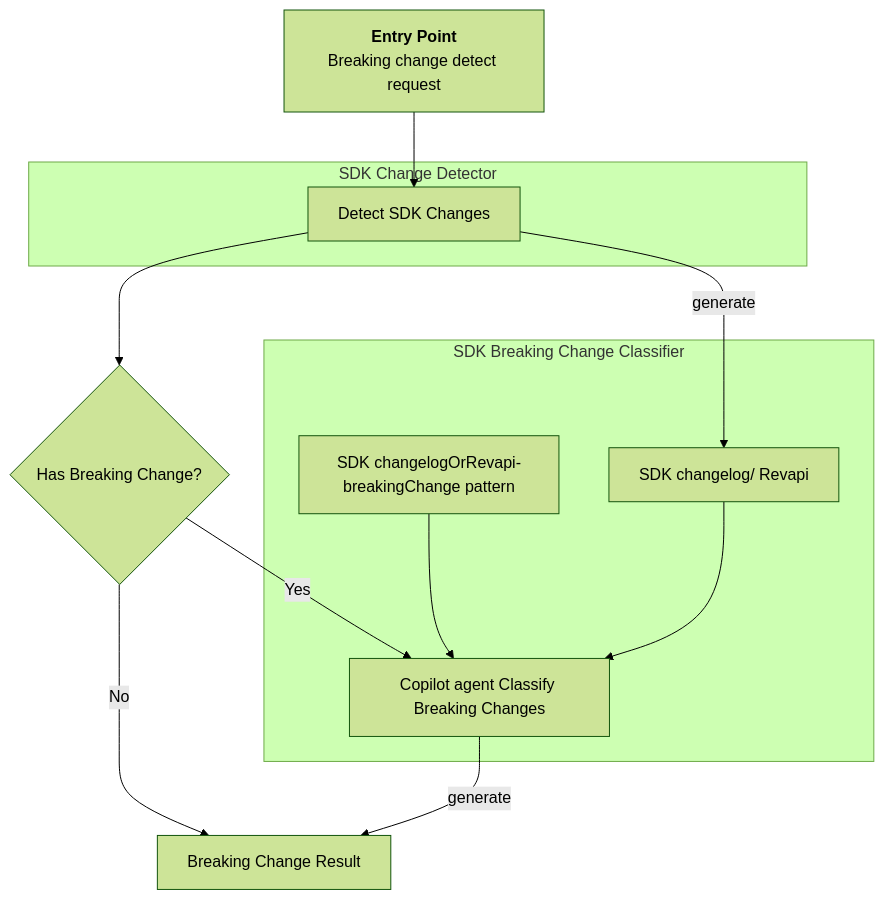
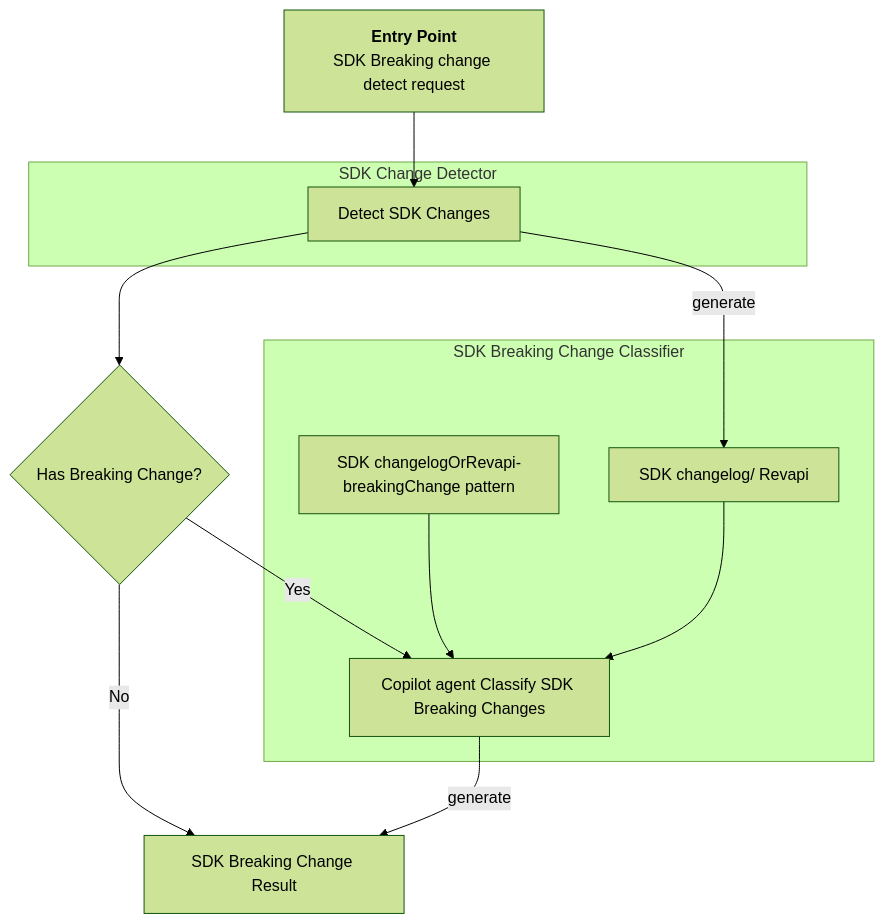
The first of 2 diagrams in tools/azsdk-cli/docs/specs/sdk-breaking-change-detect.spec.md (Azure/azure-sdk-tools), drawn with Mermaid (forest theme) before and after one commit. The commit also changed other lines of this file, not shown here.

Commit message:
specify SDK breaking change

````diff
--- a/tools/azsdk-cli/docs/specs/sdk-breaking-change-detect.spec.md
+++ b/tools/azsdk-cli/docs/specs/sdk-breaking-change-detect.spec.md
@@ -114,27 +114,27 @@
 ```mermaid
 flowchart TD
-    Entry[<b>Entry Point</b><br/>Breaking change detect request]
+    Entry[<b>Entry Point</b><br/>SDK Breaking change detect request]
     A[Detect SDK Changes]
     B{Has Breaking Change?}
-    C[Copilot agent Classify Breaking Changes]
-    D[Breaking Change Result]
+    C[Copilot agent Classify SDK Breaking Changes]
+    D[SDK Breaking Change Result]
     E[SDK changelogOrRevapi-breakingChange pattern]
     F[SDK changelog/ Revapi]
     subgraph SDK Change Detector
         A
     end
     subgraph SDK Breaking Change Classifier
         E
         F
         C
     end
 
     Entry --> A
     A --> B
     A --> |generate| F
     B -- Yes --> C
     C --> |generate| D
     B -- No --> D
     E --> C
     F --> C
 ```
````
